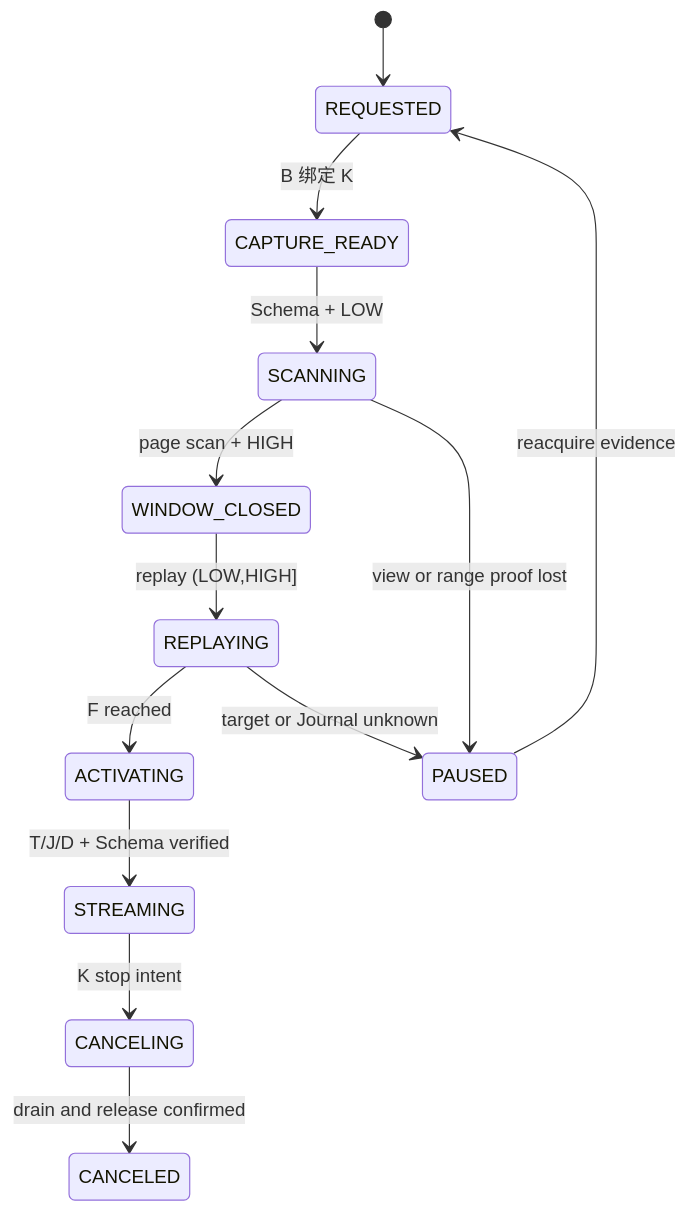
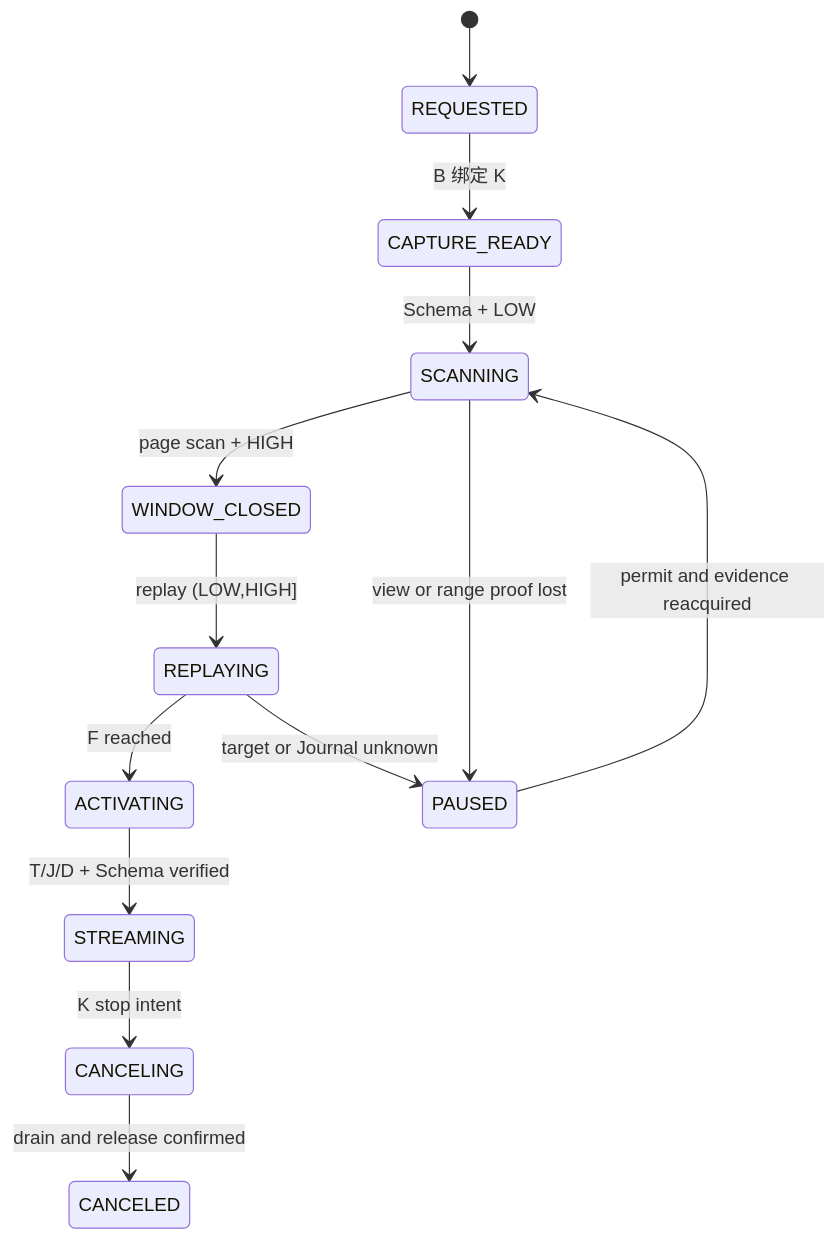
One commit to Xuxiaotuan/Xuxiaotuan.github.io changed the first of 2 diagrams in _posts/pekko/2026-10-18-pekko-cdc-4-protocol-design.md. Above: the diagram before and after it, drawn with Mermaid. The commit also changed other lines of this file and 3 other files, not shown here.

Commit message:
docs: audit Pekko CDC formulas and diagrams

````diff
--- a/_posts/pekko/2026-10-18-pekko-cdc-4-protocol-design.md
+++ b/_posts/pekko/2026-10-18-pekko-cdc-4-protocol-design.md
@@ -67,15 +67,15 @@
 ```mermaid
 stateDiagram-v2
     [*] --> REQUESTED
     REQUESTED --> CAPTURE_READY: B 绑定 K
     CAPTURE_READY --> SCANNING: Schema + LOW
     SCANNING --> WINDOW_CLOSED: page scan + HIGH
     WINDOW_CLOSED --> REPLAYING: replay (LOW,HIGH]
     REPLAYING --> ACTIVATING: F reached
     ACTIVATING --> STREAMING: T/J/D + Schema verified
     SCANNING --> PAUSED: view or range proof lost
     REPLAYING --> PAUSED: target or Journal unknown
     STREAMING --> CANCELING: K stop intent
     CANCELING --> CANCELED: drain and release confirmed
-    PAUSED --> REQUESTED: reacquire evidence
+    PAUSED --> SCANNING: permit and evidence reacquired
 ```
````
